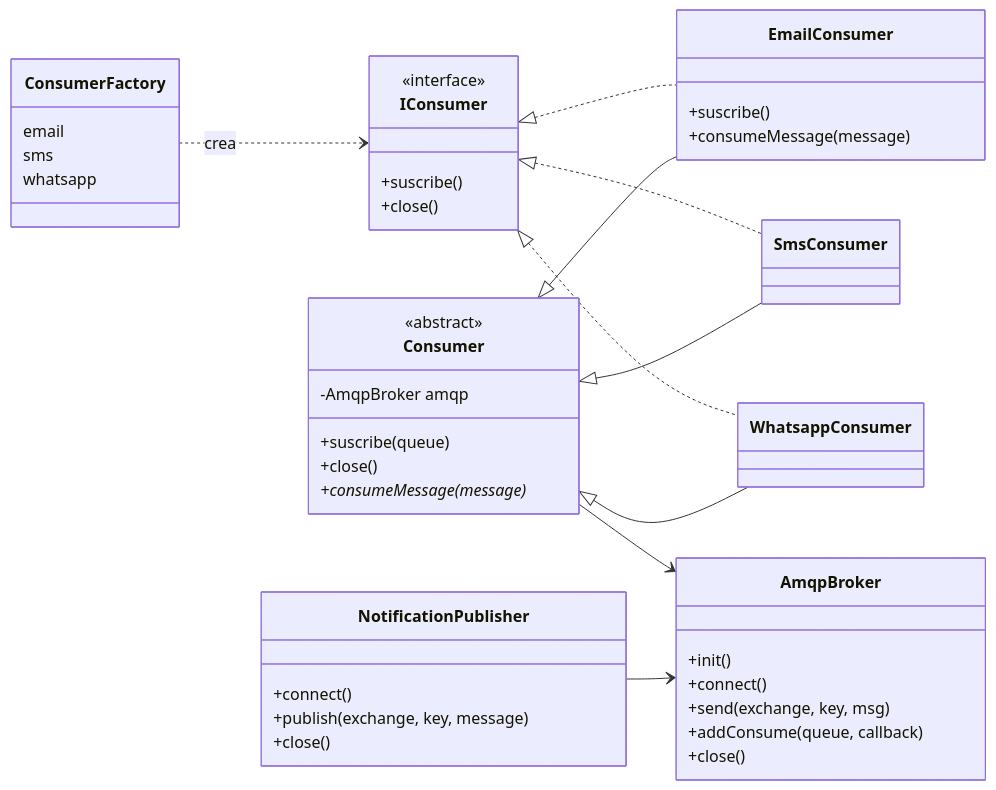
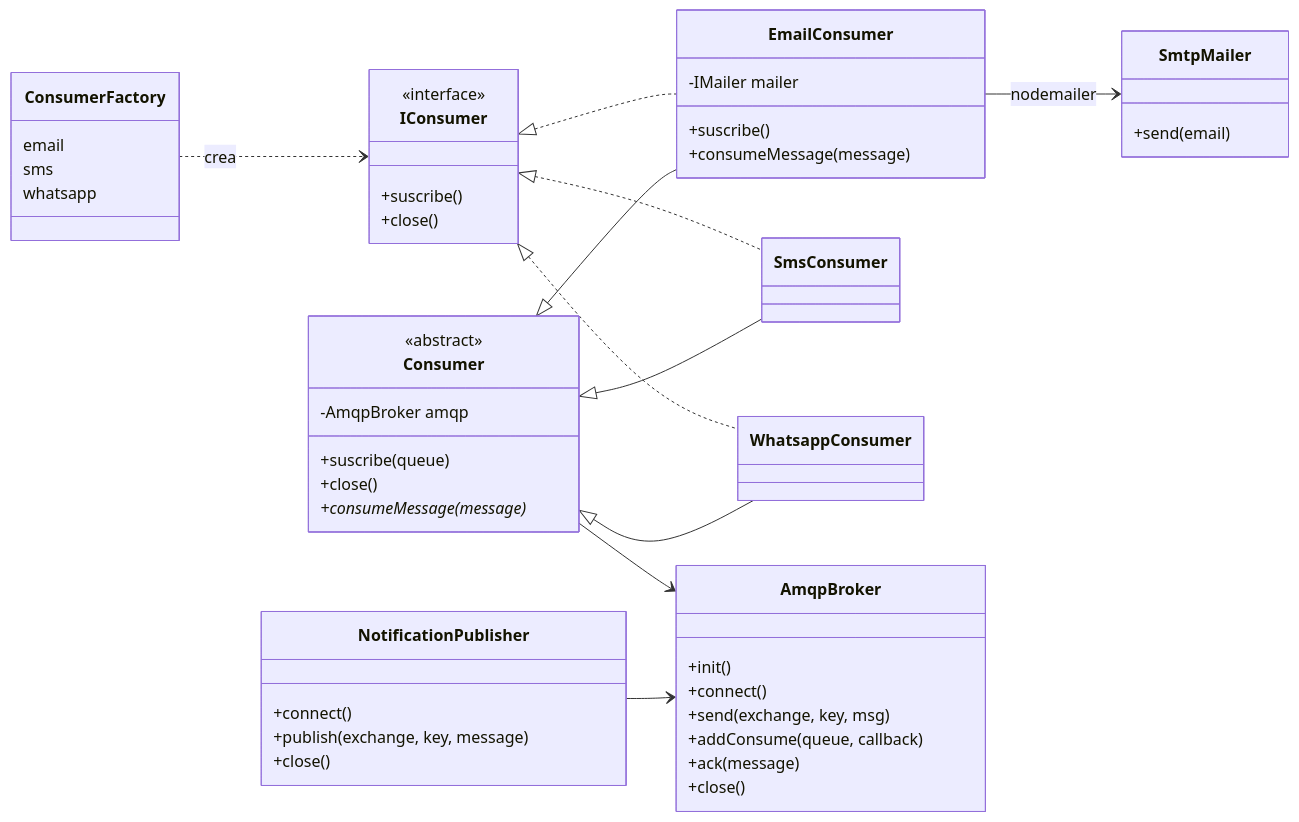
One commit to SemilleroSOLID/clean-architecture-notification changed the third of 4 diagrams in README.md. Above: the diagram before and after it, drawn with Mermaid. The commit also changed other lines of this file and 19 other files, not shown here.

Commit message:
feat: send the student a real email for each request state change (closes SemilleroSOLID/clean-architecture-api#21)

````diff
--- a/README.md
+++ b/README.md
@@ -94,49 +100,55 @@
 ```mermaid
 classDiagram
     direction LR
     class IConsumer {
         <<interface>>
         +suscribe()
         +close()
     }
     class Consumer {
         <<abstract>>
         -AmqpBroker amqp
         +suscribe(queue)
         +close()
         +consumeMessage(message)*
     }
     class EmailConsumer {
+        -IMailer mailer
         +suscribe()
         +consumeMessage(message)
+    }
+    class SmtpMailer {
+        +send(email)
     }
     class SmsConsumer
     class WhatsappConsumer
     class ConsumerFactory {
         email
         sms
         whatsapp
     }
     class AmqpBroker {
         +init()
         +connect()
         +send(exchange, key, msg)
         +addConsume(queue, callback)
+        +ack(message)
         +close()
     }
     class NotificationPublisher {
         +connect()
         +publish(exchange, key, message)
         +close()
     }
 
     IConsumer <|.. EmailConsumer
     IConsumer <|.. SmsConsumer
     IConsumer <|.. WhatsappConsumer
     Consumer <|-- EmailConsumer
     Consumer <|-- SmsConsumer
     Consumer <|-- WhatsappConsumer
     Consumer --> AmqpBroker
+    EmailConsumer --> SmtpMailer : nodemailer
     NotificationPublisher --> AmqpBroker
     ConsumerFactory ..> IConsumer : crea
 ```
````
